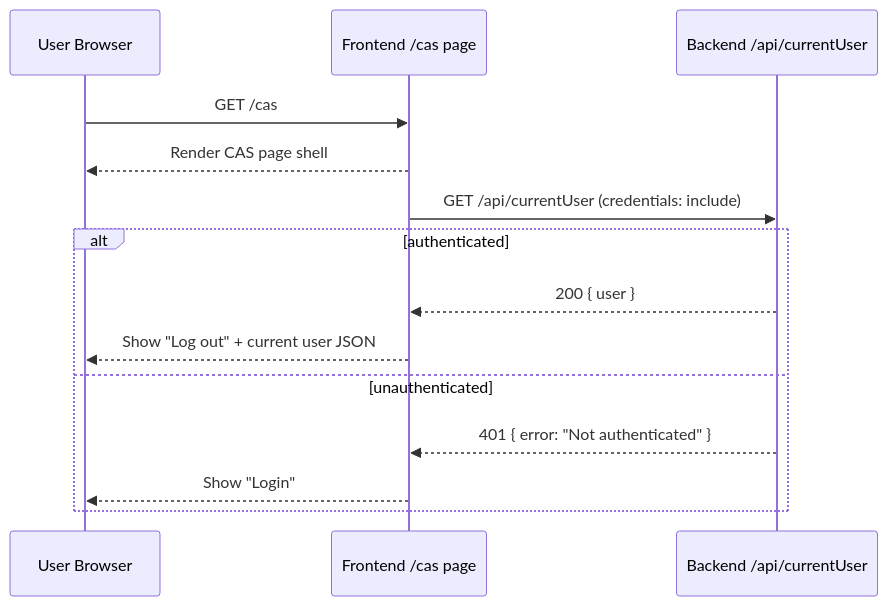
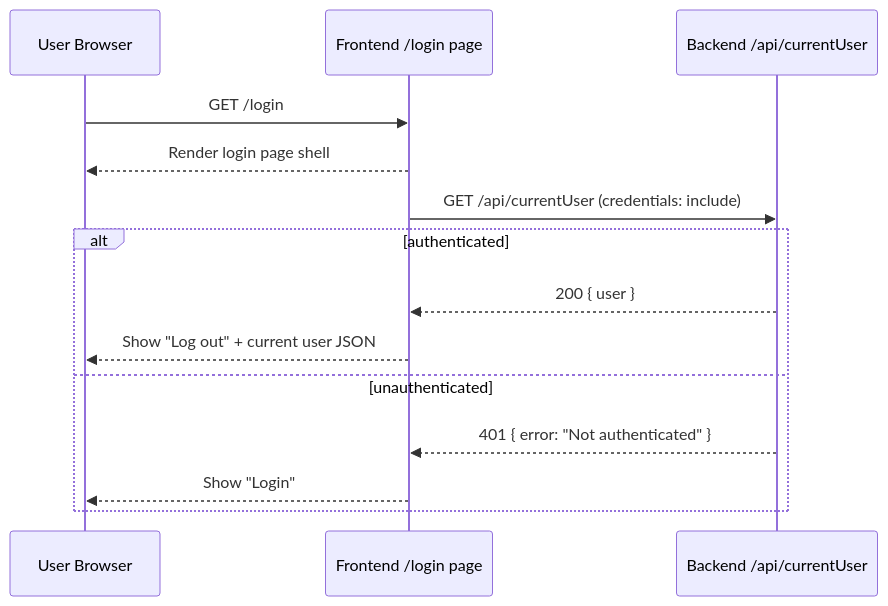
One commit to CoderMan73/ezspot changed the first of 3 diagrams in docs/Auth.md. Above: the diagram before and after it, drawn with Mermaid. The commit also changed other lines of this file and 4 other files, not shown here.

````diff
--- a/docs/Auth.md
+++ b/docs/Auth.md
@@ -30,18 +30,18 @@
 ```mermaid
 sequenceDiagram
     participant User as User Browser
-    participant FE as Frontend /cas page
+    participant FE as Frontend /login page
     participant BE as Backend /api/currentUser
 
-    User->>FE: GET /cas
-    FE-->>User: Render CAS page shell
+    User->>FE: GET /login
+    FE-->>User: Render login page shell
     FE->>BE: GET /api/currentUser (credentials: include)
 
     alt authenticated
       BE-->>FE: 200 { user }
       FE-->>User: Show "Log out" + current user JSON
     else unauthenticated
       BE-->>FE: 401 { error: "Not authenticated" }
       FE-->>User: Show "Login"
     end
 ```
````
